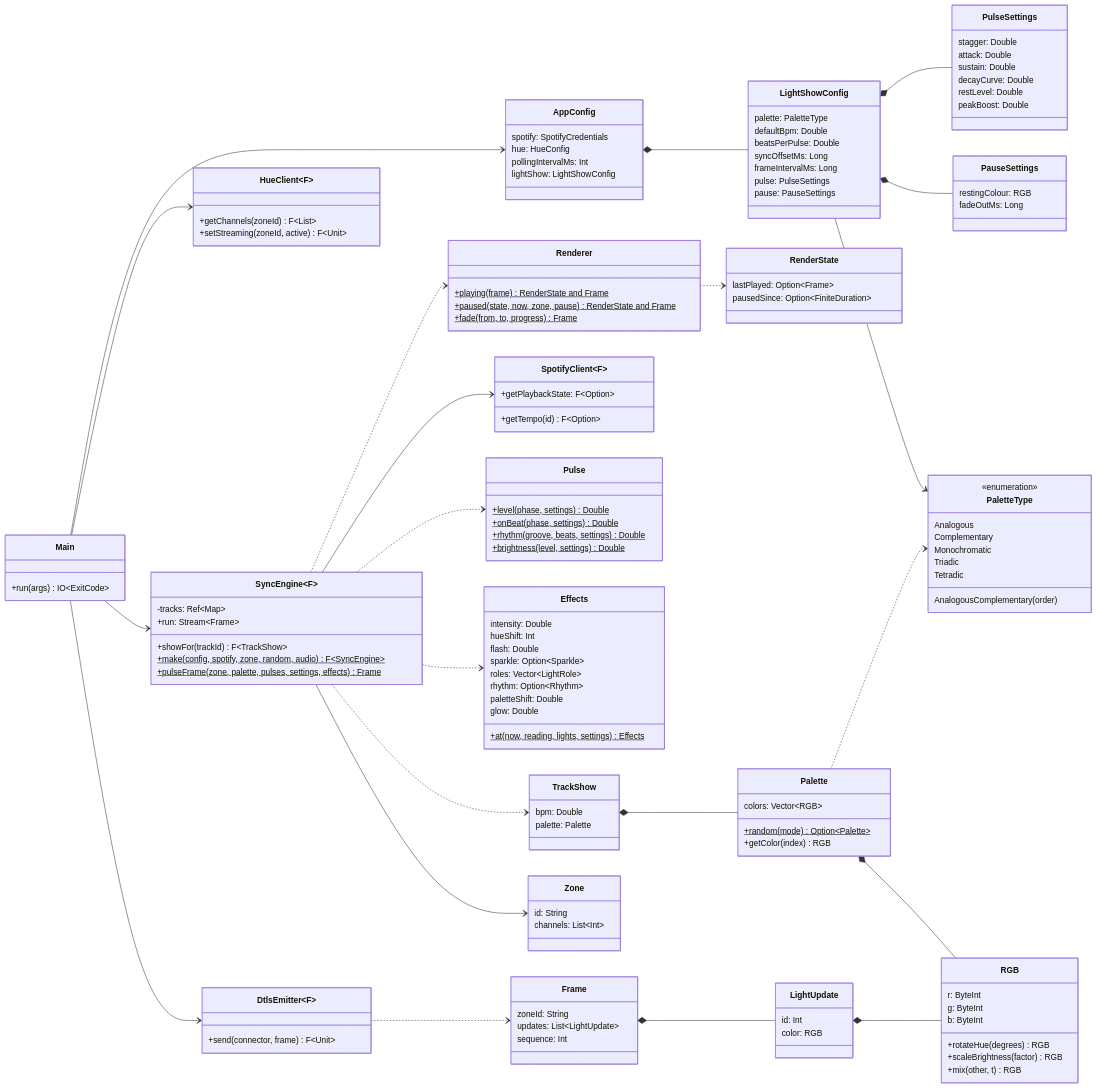
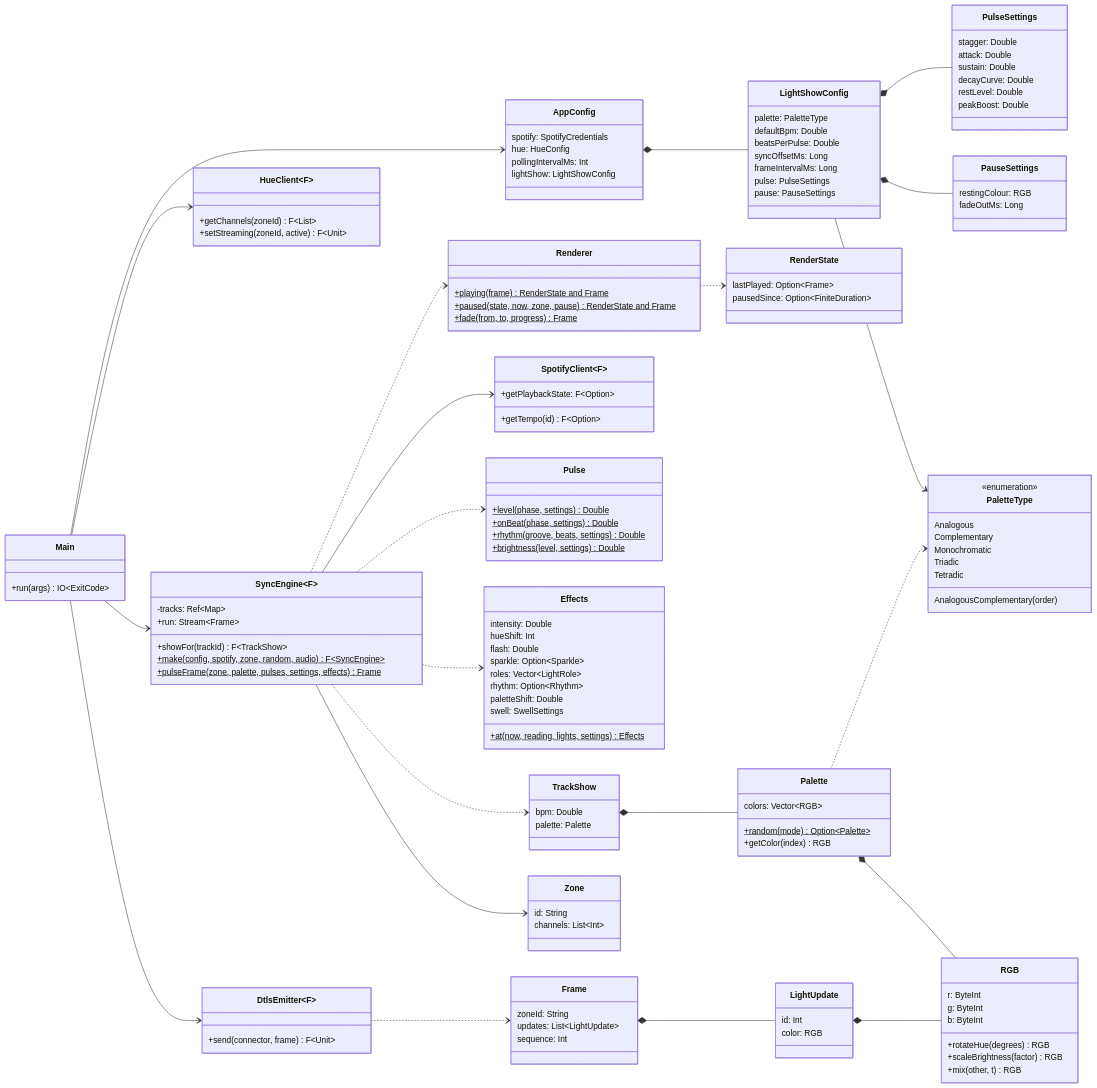
Before and after one commit to LorenzoPrinsloo/spotify-hue-sync: the second of 3 diagrams in docs/architecture.md, drawn with Mermaid. The commit also changed 12 other files, not shown here.

First line of the commit message:
Swell the colour lights every other beat instead of a steady glow

```diff
--- a/docs/architecture.md
+++ b/docs/architecture.md
@@ -131,7 +131,7 @@
         roles: Vector~LightRole~
         rhythm: Option~Rhythm~
         paletteShift: Double
-        glow: Double
+        swell: SwellSettings
         +at(now, reading, lights, settings)$ Effects
     }
     class Renderer {
```
